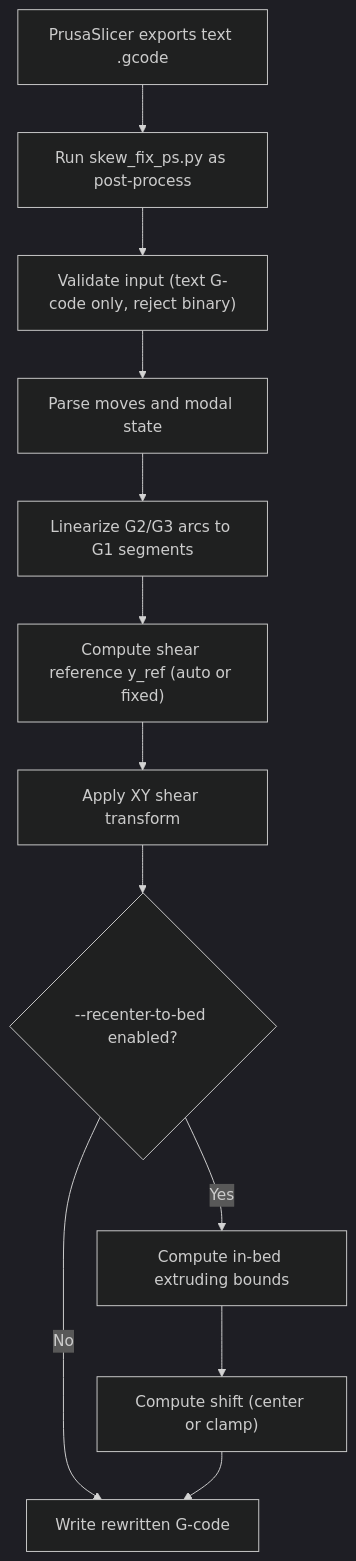
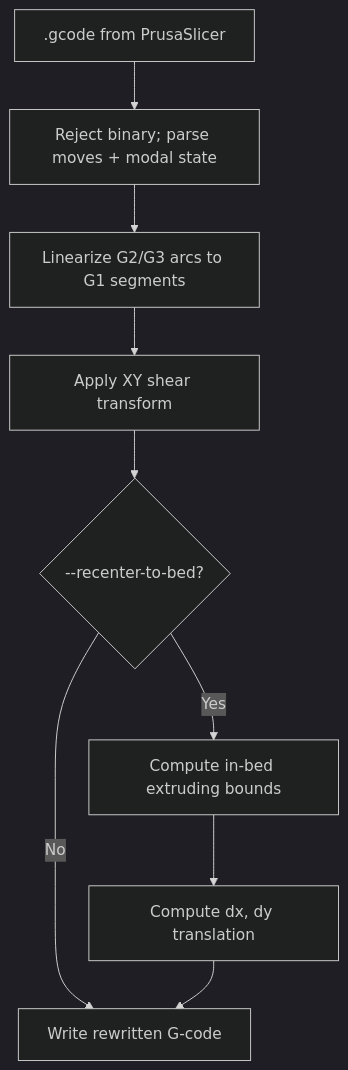
Before and after one commit to hyiger/prusaslicer-skew-fix: the first of 5 diagrams in DIAGRAMS.md, drawn with Mermaid (dark theme). The commit also changed other lines of this file, not shown here.

First line of the commit message:
docs: tighten DIAGRAMS.md from 9 diagrams to 5

````diff
--- a/DIAGRAMS.md
+++ b/DIAGRAMS.md
@@ -9,14 +9,11 @@
 ```mermaid
 flowchart TD
-  A["PrusaSlicer exports text .gcode"] --> B["Run skew_fix_ps.py as post-process"]
-  B --> C["Validate input (text G-code only, reject binary)"]
-  C --> D["Parse moves and modal state"]
-  D --> E["Linearize G2/G3 arcs to G1 segments"]
-  E --> F["Compute shear reference y_ref (auto or fixed)"]
-  F --> G["Apply XY shear transform"]
-  G --> H{"--recenter-to-bed enabled?"}
-  H -- "No" --> I["Write rewritten G-code"]
-  H -- "Yes" --> J["Compute in-bed extruding bounds"]
-  J --> K["Compute shift (center or clamp)"]
-  K --> I
+  A[".gcode from PrusaSlicer"] --> B["Reject binary; parse moves + modal state"]
+  B --> C["Linearize G2/G3 arcs to G1 segments"]
+  C --> D["Apply XY shear transform"]
+  D --> E{"--recenter-to-bed?"}
+  E -- "No" --> F["Write rewritten G-code"]
+  E -- "Yes" --> G["Compute in-bed extruding bounds"]
+  G --> H["Compute dx, dy translation"]
+  H --> F
 ```
````
